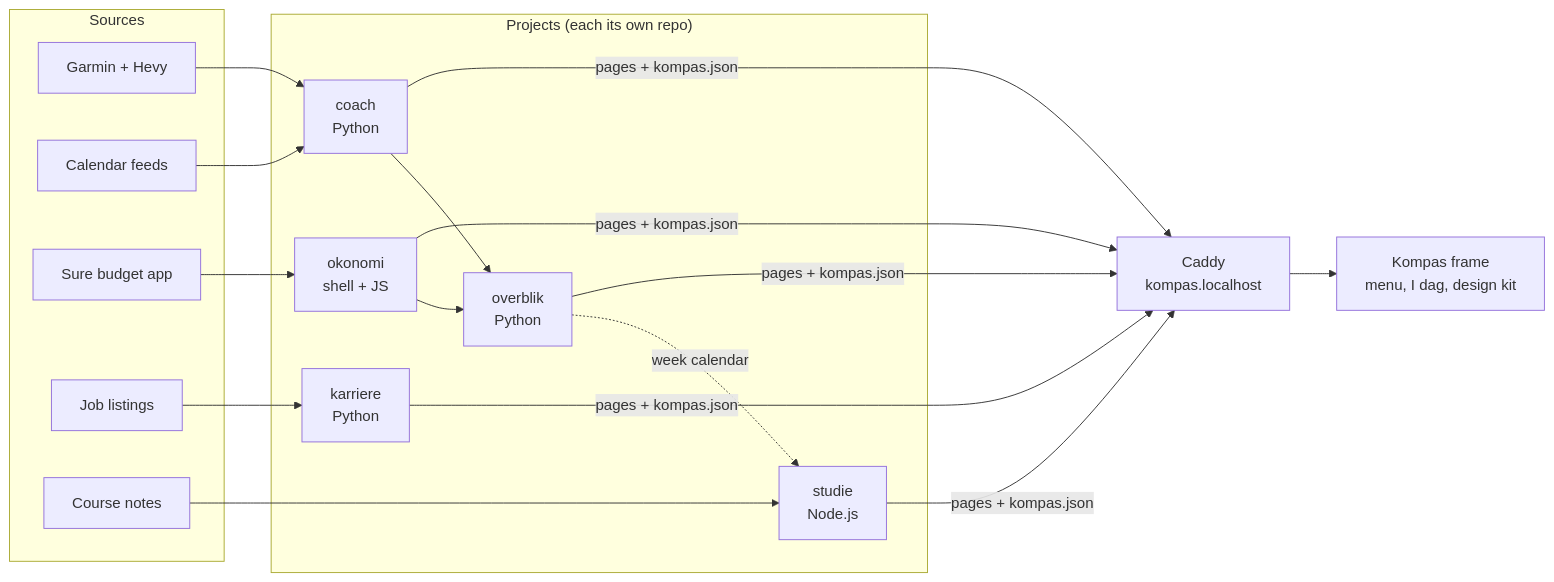
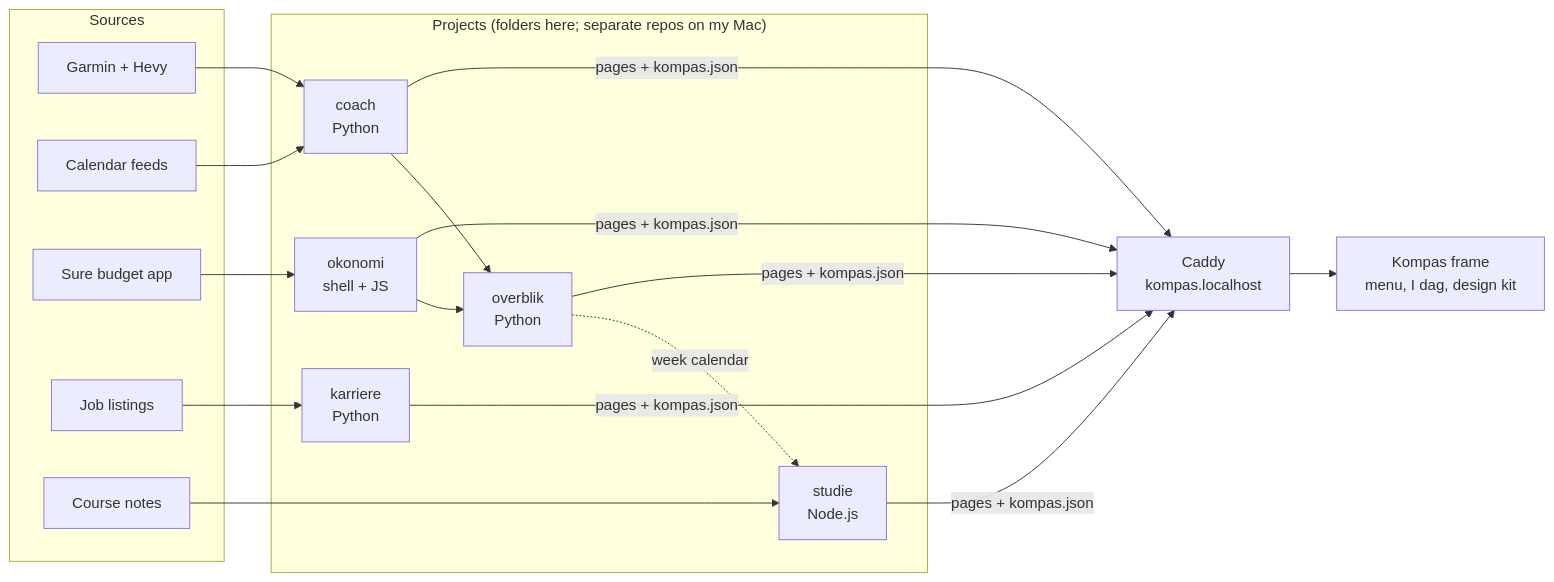
Before and after one commit to Brandt03/Kompas: the diagram in README.md, drawn with Mermaid. The commit also changed other lines of this file and 10 other files, not shown here.

````diff
--- a/README.md
+++ b/README.md
@@ -40,26 +42,26 @@
 ```mermaid
 flowchart LR
   subgraph Sources
     G[Garmin + Hevy]
     C[Calendar feeds]
     S[Sure budget app]
     J[Job listings]
     N[Course notes]
   end
-  subgraph Projects["Projects (each its own repo)"]
+  subgraph Projects["Projects (folders here; separate repos on my Mac)"]
     coach[coach<br/>Python]
     liv[overblik<br/>Python]
     okonomi[okonomi<br/>shell + JS]
     karriere[karriere<br/>Python]
     studie[studie<br/>Node.js]
   end
   G --> coach
   C --> coach
   coach --> liv
   S --> okonomi --> liv
   J --> karriere
   N --> studie
   liv -.->|week calendar| studie
   coach & liv & okonomi & karriere & studie -->|pages + kompas.json| caddy[Caddy<br/>kompas.localhost]
   caddy --> shell[Kompas frame<br/>menu, I dag, design kit]
 ```
````
